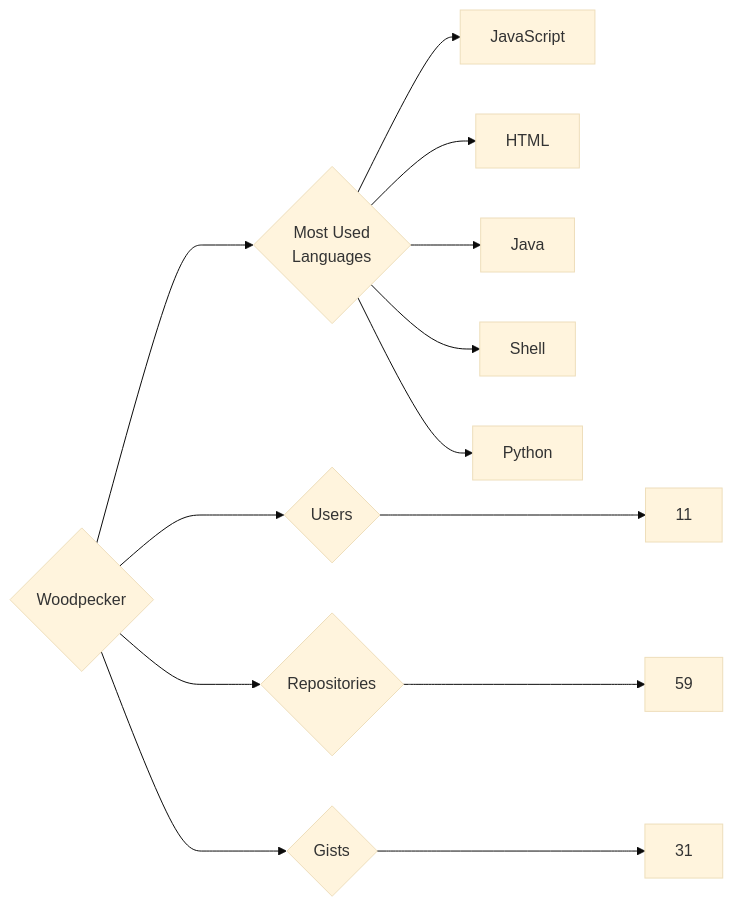
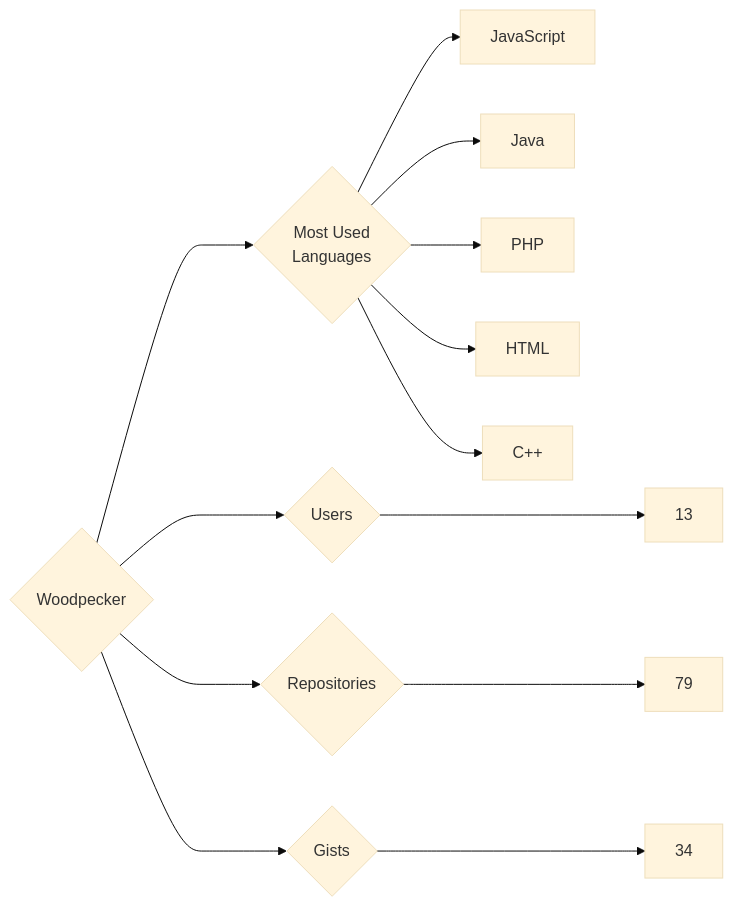
One commit to trickest/insiders changed the diagram in targets/Woodpecker/README.md. Above: the diagram before and after it, drawn with Mermaid (base theme). The commit also changed 1696 other files, not shown here.

````diff
--- a/targets/Woodpecker/README.md
+++ b/targets/Woodpecker/README.md
@@ -3,13 +3,13 @@
 ```mermaid
 graph LR
 COMPANY_NAME{Woodpecker}
-COMPANY_NAME ---> U{Users} ---> UN[11]
-COMPANY_NAME ---> R{Repositories} ---> RN[59]
-COMPANY_NAME ---> G{Gists} ---> GN[31]
+COMPANY_NAME ---> U{Users} ---> UN[13]
+COMPANY_NAME ---> R{Repositories} ---> RN[79]
+COMPANY_NAME ---> G{Gists} ---> GN[34]
 COMPANY_NAME ---> ML{Most Used<br>Languages}
 ML --> JavaScript[JavaScript]
+ML --> Java[Java]
+ML --> PHP[PHP]
 ML --> HTML[HTML]
-ML --> Java[Java]
-ML --> Shell[Shell]
-ML --> Python[Python]
+ML --> C++[C++]
 ```
````
